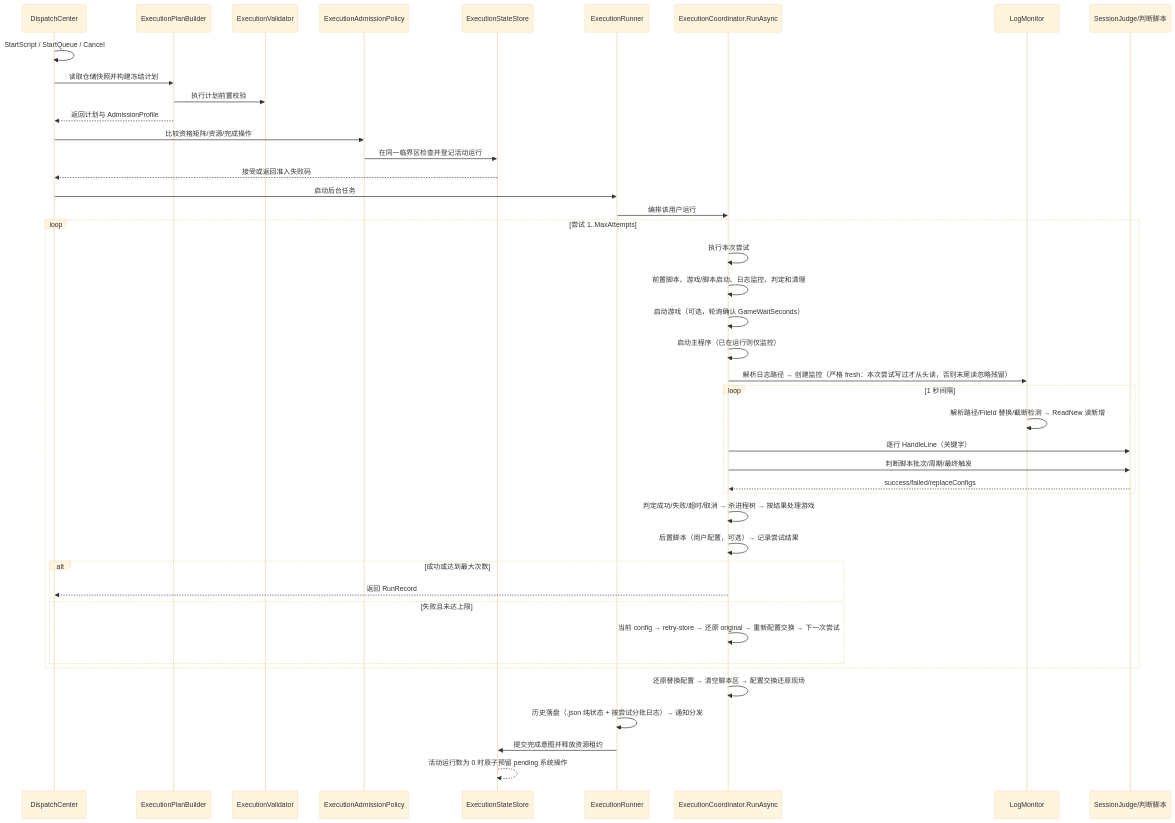
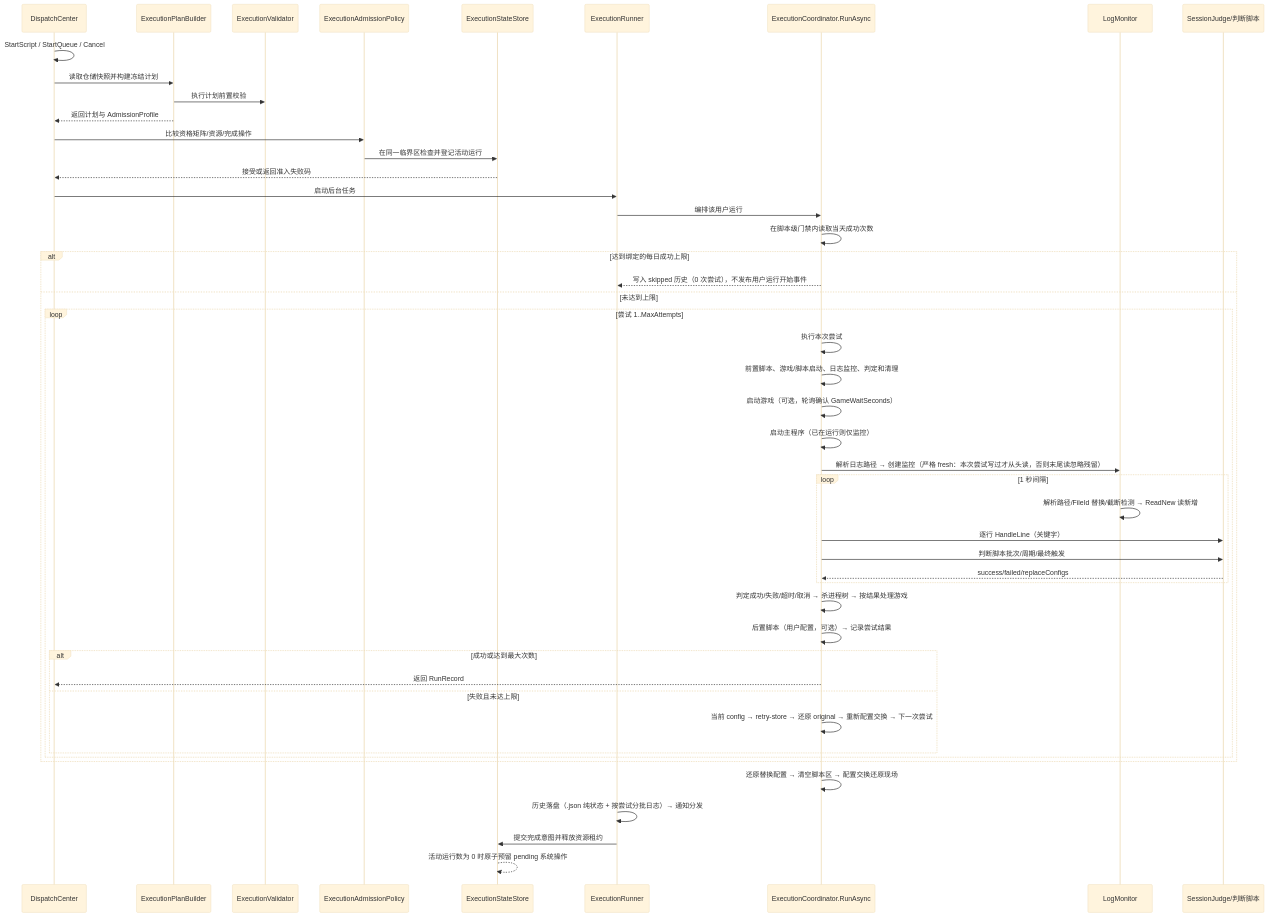
The first of 4 diagrams in docs/DESIGN.md (FlappiBakuse/NexusPipeline), drawn with Mermaid (base theme) before and after one commit. The commit also changed other lines of this file and 43 other files, not shown here.

````diff
--- a/docs/DESIGN.md
+++ b/docs/DESIGN.md
@@ -75,46 +75,51 @@
 ```mermaid
 sequenceDiagram
     participant DC as DispatchCenter
     participant P as ExecutionPlanBuilder
     participant V as ExecutionValidator
     participant Q as ExecutionAdmissionPolicy
     participant E as ExecutionStateStore
     participant R as ExecutionRunner
     participant S as ExecutionCoordinator.RunAsync
     participant M as LogMonitor
     participant J as SessionJudge/判断脚本
 
     DC->>DC: StartScript / StartQueue / Cancel
     DC->>P: 读取仓储快照并构建冻结计划
     P->>V: 执行计划前置校验
     P-->>DC: 返回计划与 AdmissionProfile
     DC->>Q: 比较资格矩阵/资源/完成操作
     Q->>E: 在同一临界区检查并登记活动运行
     E-->>DC: 接受或返回准入失败码
     DC->>R: 启动后台任务
     R->>S: 编排该用户运行
+    S->>S: 在脚本级门禁内读取当天成功次数
+    alt 达到绑定的每日成功上限
+        S-->>R: 写入 skipped 历史（0 次尝试），不发布用户运行开始事件
+    else 未达到上限
     loop 尝试 1..MaxAttempts
         S->>S: 执行本次尝试
         S->>S: 前置脚本、游戏/脚本启动、日志监控、判定和清理
         S->>S: 启动游戏（可选，轮询确认 GameWaitSeconds）
         S->>S: 启动主程序（已在运行则仅监控）
         S->>M: 解析日志路径 → 创建监控（严格 fresh：本次尝试写过才从头读，否则末尾读忽略残留）
         loop 1 秒间隔
             M->>M: 解析路径/FileId 替换/截断检测 → ReadNew 读新增
             S->>J: 逐行 HandleLine（关键字）
             S->>J: 判断脚本批次/周期/最终触发
             J-->>S: success/failed/replaceConfigs
         end
         S->>S: 判定成功/失败/超时/取消 → 杀进程树 → 按结果处理游戏
         S->>S: 后置脚本（用户配置，可选）→ 记录尝试结果
         alt 成功或达到最大次数
             S-->>DC: 返回 RunRecord
         else 失败且未达上限
             S->>S: 当前 config → retry-store → 还原 original → 重新配置交换 → 下一次尝试
         end
     end
+    end
     S->>S: 还原替换配置 → 清空脚本区 → 配置交换还原现场
     R->>R: 历史落盘（.json 纯状态 + 按尝试分批日志）→ 通知分发
     R->>E: 提交完成意图并释放资源租约
     E-->>E: 活动运行数为 0 时原子预留 pending 系统操作
 ```
````
